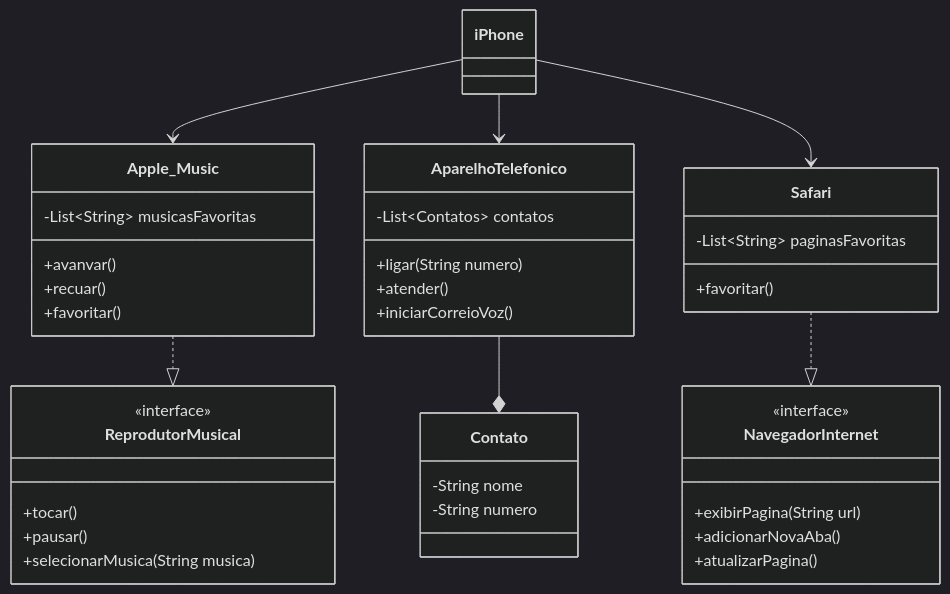
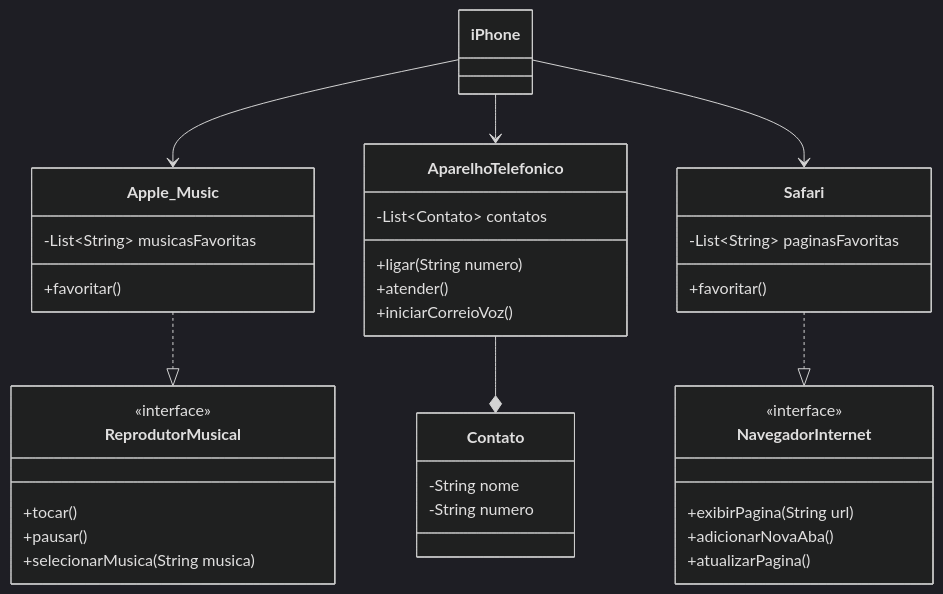
Before and after one commit to JonhL9/dio-trilha-java-basico: the diagram in desafio_poo/README.md, drawn with Mermaid (dark theme).

Commit message:
fix: README.md

````diff
--- a/desafio_poo/README.md
+++ b/desafio_poo/README.md
@@ -14,55 +14,53 @@
 ```mermaid
 classDiagram
     class Apple_Music {
-        +avanvar()
-        +recuar()
         +favoritar()
     }
     Apple_Music : -List~String~ musicasFavoritas
 
     class AparelhoTelefonico {
         
         +ligar(String numero)
         +atender()
         +iniciarCorreioVoz()
     }
-    AparelhoTelefonico : -List~Contatos~ contatos
+    AparelhoTelefonico : -List~Contato~ contatos
 
     class Safari {
         +favoritar()
     }
     Safari : -List~String~ paginasFavoritas
 
     class iPhone {
     }
 
     class Contato {
         -String nome
         -String numero
     }
 
     class ReprodutorMusical{
     <<interface>>
     +tocar()
     +pausar()
     +selecionarMusica(String musica)
     }
 
     class NavegadorInternet{
     <<interface>>
     
     +exibirPagina(String url)
     +adicionarNovaAba()
     +atualizarPagina()
     }
 
     iPhone --> Apple_Music
     iPhone --> AparelhoTelefonico
     iPhone --> Safari
 
     Apple_Music ..|> ReprodutorMusical
     Safari ..|> NavegadorInternet
 
     
     AparelhoTelefonico --* Contato
 ```
````
